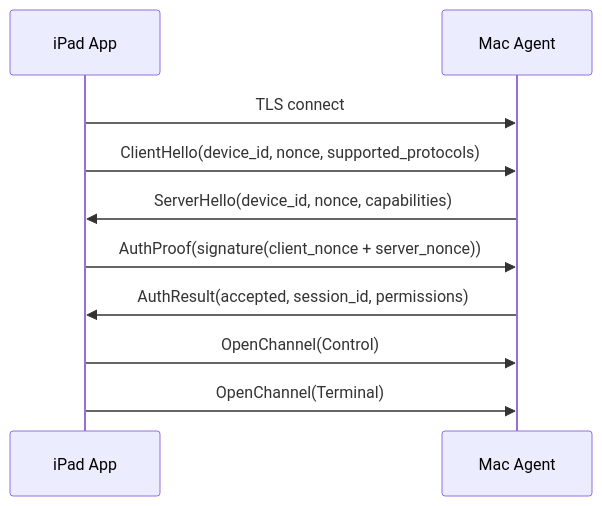
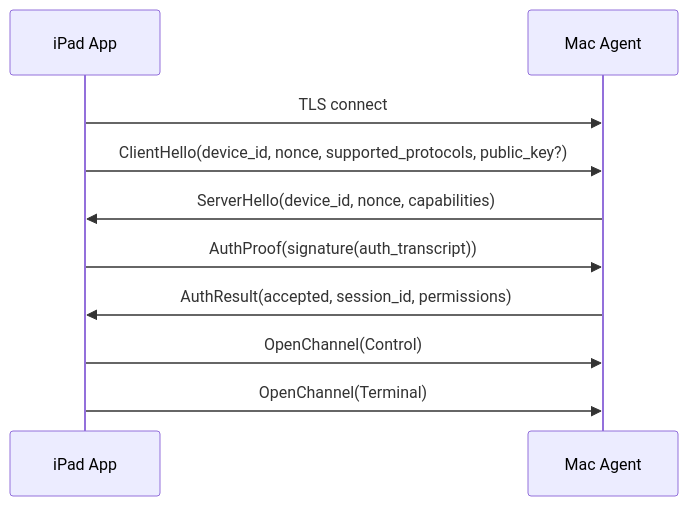
One commit to zyom45/RemotePad changed the second of 2 diagrams in docs/protocol.md. Above: the diagram before and after it, drawn with Mermaid. The commit also changed other lines of this file and 8 other files, not shown here.

````diff
--- a/docs/protocol.md
+++ b/docs/protocol.md
@@ -123,13 +123,13 @@
 ```mermaid
 sequenceDiagram
     participant I as iPad App
     participant M as Mac Agent
 
     I->>M: TLS connect
-    I->>M: ClientHello(device_id, nonce, supported_protocols)
+    I->>M: ClientHello(device_id, nonce, supported_protocols, public_key?)
     M->>I: ServerHello(device_id, nonce, capabilities)
-    I->>M: AuthProof(signature(client_nonce + server_nonce))
+    I->>M: AuthProof(signature(auth_transcript))
     M->>I: AuthResult(accepted, session_id, permissions)
     I->>M: OpenChannel(Control)
     I->>M: OpenChannel(Terminal)
 ```
````
